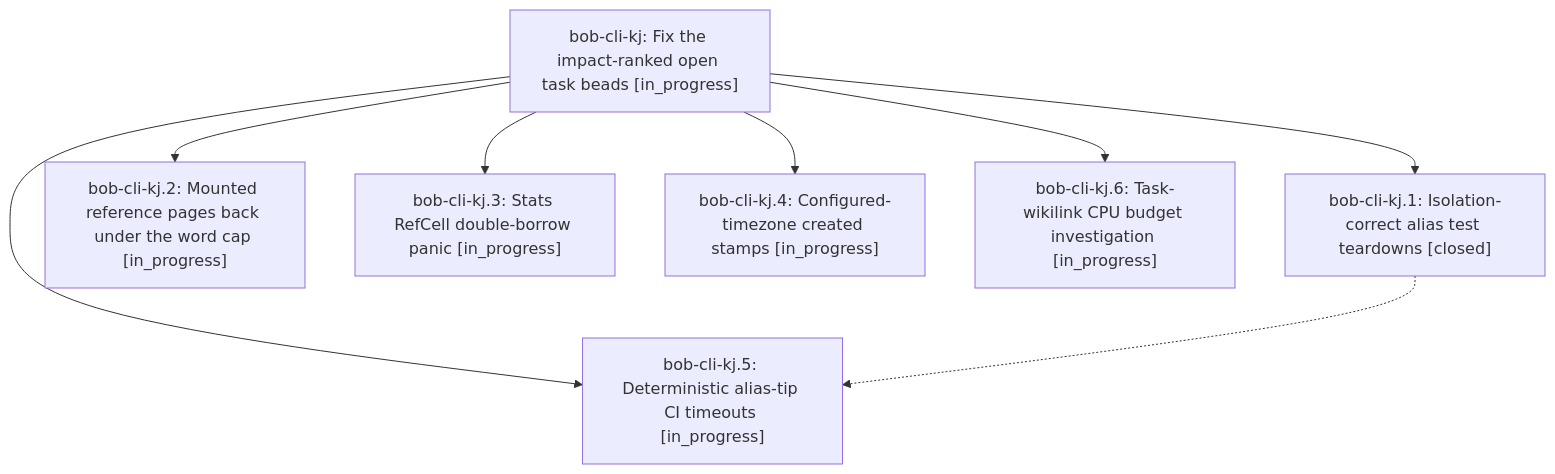
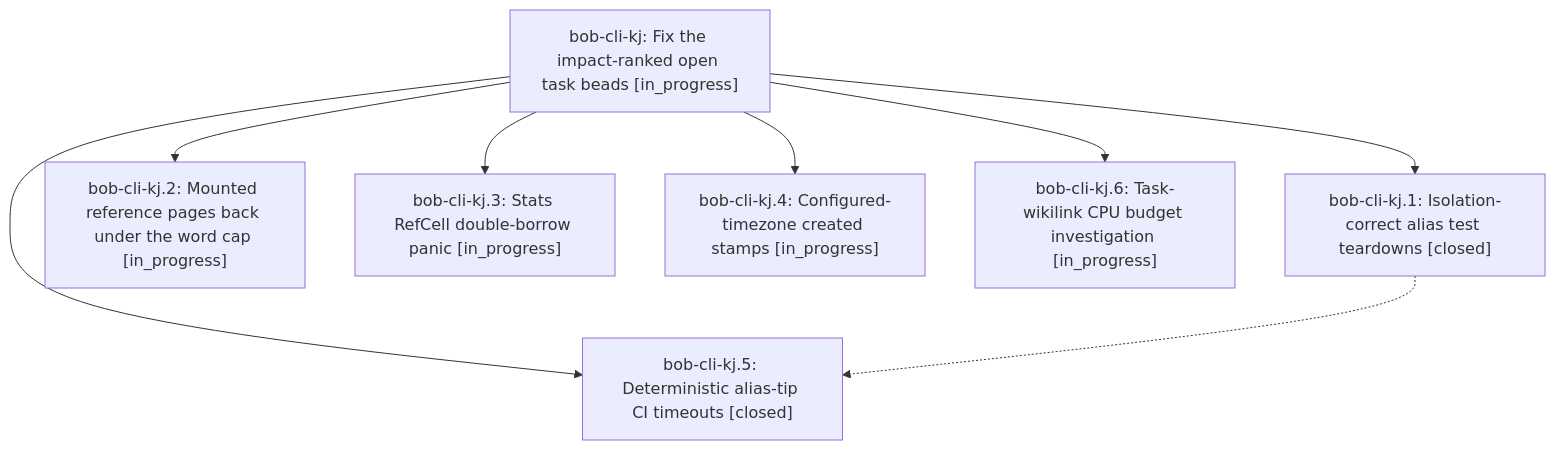
Before and after one commit to bobs-org/bob-cli--beads: the diagram in pages/bob-cli-kj/README.md, drawn with Mermaid. The commit also changed other lines of this file and 5 other files, not shown here.

First line of the commit message:
chore(beads): sync bead state and pages for bob-cli-kj

````diff
--- a/pages/bob-cli-kj/README.md
+++ b/pages/bob-cli-kj/README.md
@@ -27,17 +39,17 @@
 ```mermaid
 flowchart TD
     n0["bob-cli-kj: Fix the impact-ranked open task beads [in_progress]"]
     n1["bob-cli-kj.1: Isolation-correct alias test teardowns [closed]"]
     n2["bob-cli-kj.2: Mounted reference pages back under the word cap [in_progress]"]
     n3["bob-cli-kj.3: Stats RefCell double-borrow panic [in_progress]"]
     n4["bob-cli-kj.4: Configured-timezone created stamps [in_progress]"]
-    n5["bob-cli-kj.5: Deterministic alias-tip CI timeouts [in_progress]"]
+    n5["bob-cli-kj.5: Deterministic alias-tip CI timeouts [closed]"]
     n6["bob-cli-kj.6: Task-wikilink CPU budget investigation [in_progress]"]
     n0 --> n1
     n0 --> n2
     n0 --> n3
     n0 --> n4
     n0 --> n5
     n0 --> n6
     n1 -.-> n5
 ```
````
